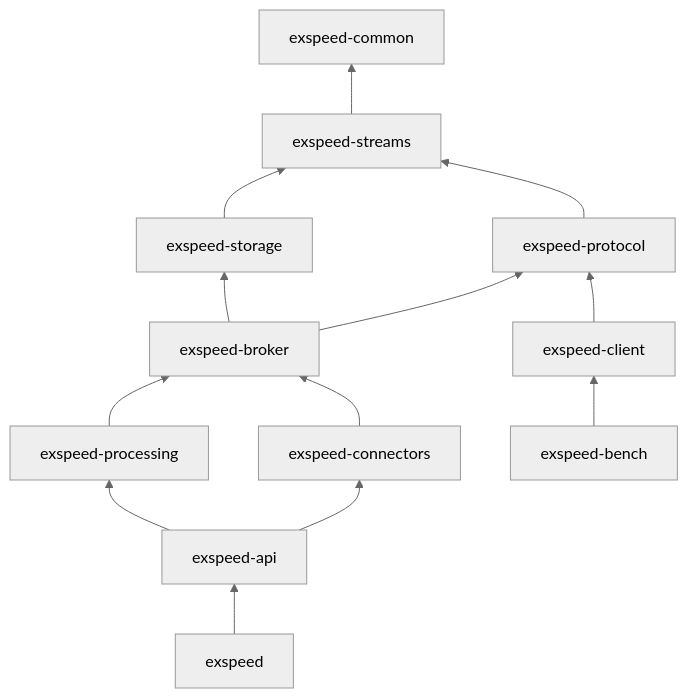
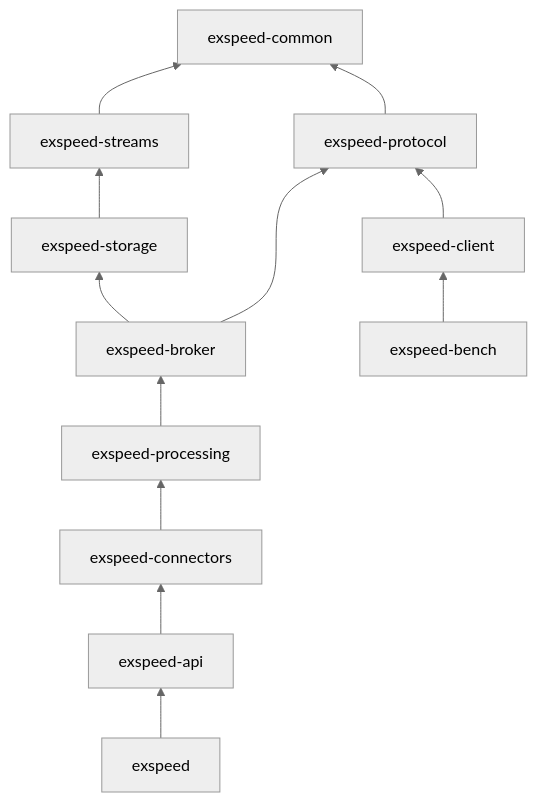
One commit to alternayte/exspeed changed the first of 3 diagrams in docs/architecture.md. Above: the diagram before and after it, drawn with Mermaid (neutral theme). The commit also changed other lines of this file and 5 other files, not shown here.

First line of the commit message:
docs: evergreen architecture, protocol, HA, operations, development and bench docs

````diff
--- a/docs/architecture.md
+++ b/docs/architecture.md
@@ -10,15 +12,14 @@
 ```mermaid
 graph BT
   streams[exspeed-streams] --> common[exspeed-common]
-  protocol[exspeed-protocol] --> streams
+  protocol[exspeed-protocol] --> common
   storage[exspeed-storage] --> streams
   broker[exspeed-broker] --> protocol
   broker --> storage
-  connectors[exspeed-connectors] --> broker
   processing[exspeed-processing] --> broker
+  connectors[exspeed-connectors] --> processing
   api[exspeed-api] --> connectors
-  api --> processing
   bin[exspeed] --> api
   client[exspeed-client] --> protocol
   bench[exspeed-bench] --> client
 ```
````
